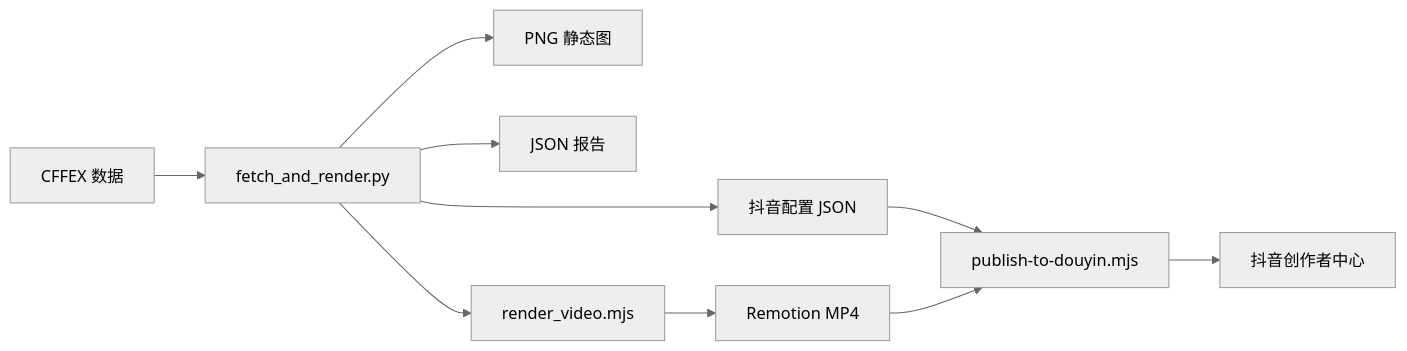
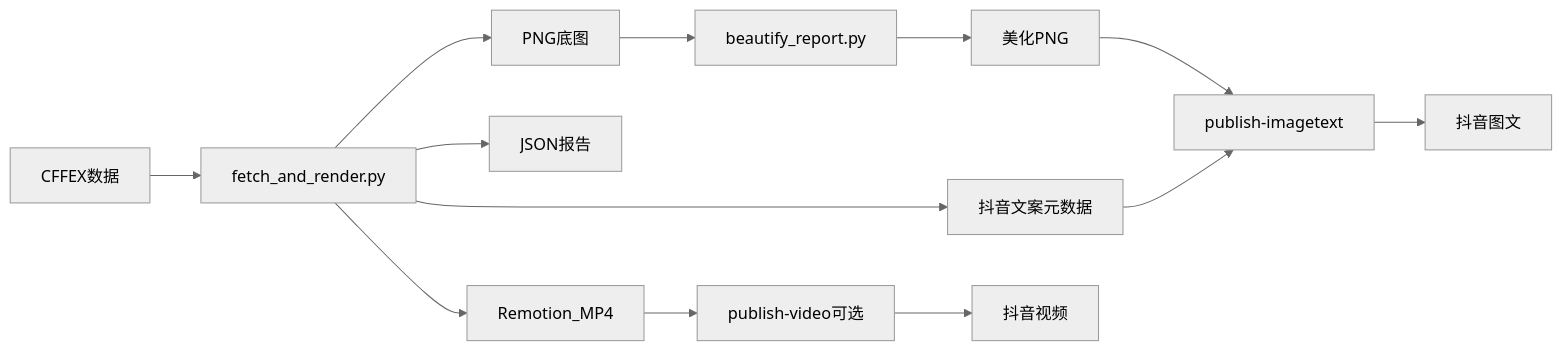
Before and after one commit to stvenfor/my_tool_project: the diagram in docs/cffex-daily-video.md, drawn with Mermaid (neutral theme). The commit also changed other lines of this file and 30 other files, not shown here.

First line of the commit message:
Add CFFEX beautify and Douyin imagetext pipeline with schedule controls.

````diff
--- a/docs/cffex-daily-video.md
+++ b/docs/cffex-daily-video.md
@@ -9,12 +14,15 @@
 ```mermaid
 flowchart LR
-  A[CFFEX 数据] --> B[fetch_and_render.py]
-  B --> C[PNG 静态图]
-  B --> D[JSON 报告]
-  B --> E[render_video.mjs]
-  E --> F[Remotion MP4]
-  B --> G[抖音配置 JSON]
-  G --> H[publish-to-douyin.mjs]
-  F --> H
-  H --> I[抖音创作者中心]
+  A[CFFEX数据] --> B[fetch_and_render.py]
+  B --> C[PNG底图]
+  B --> D[JSON报告]
+  B --> E[Remotion_MP4]
+  B --> G[抖音文案元数据]
+  C --> H[beautify_report.py]
+  H --> I[美化PNG]
+  I --> J[publish-imagetext]
+  G --> J
+  E --> K[publish-video可选]
+  J --> L[抖音图文]
+  K --> M[抖音视频]
 ```
````
